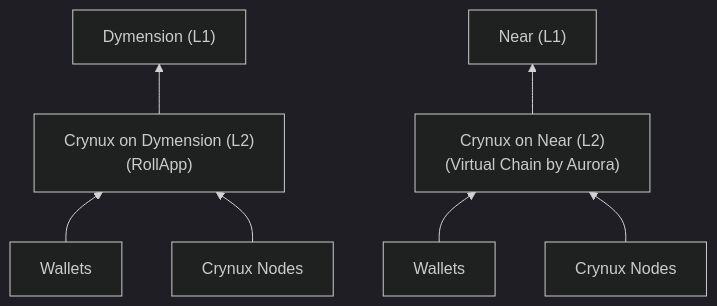
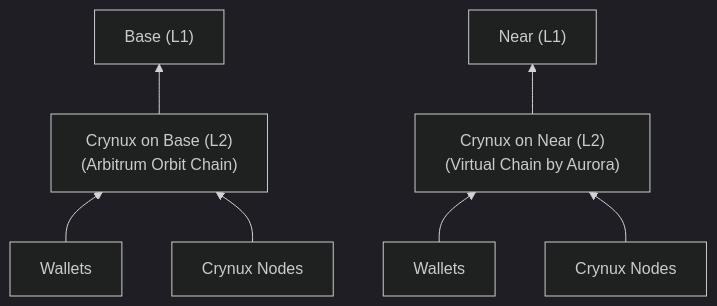
One commit to crynux-network/documentation changed the diagram in gitbook/crynux-token/wallet-configuration.md. Above: the diagram before and after it, drawn with Mermaid (dark theme). The commit also changed other lines of this file and 14 other files, not shown here.

Commit message:
[feature] docs for base node

````diff
--- a/gitbook/crynux-token/wallet-configuration.md
+++ b/gitbook/crynux-token/wallet-configuration.md
@@ -11,11 +11,11 @@
 ```mermaid
 flowchart BT
-  MM_DYM["Wallets"] --> ROLL["Crynux on Dymension (L2)<br/>(RollApp)"]
-  NODE_DYM["Crynux Nodes"] --> ROLL
-  ROLL --> DYM["Dymension (L1)"]
+  MM_BASE["Wallets"] --> BASE_CHAIN["Crynux on Base (L2)<br/>(Arbitrum Orbit Chain)"]
+  NODE_BASE["Crynux Nodes"] --> BASE_CHAIN
+  BASE_CHAIN --> BASE["Base (L1)"]
 
   MM_NEAR["Wallets"] --> VC["Crynux on Near (L2)<br/>(Virtual Chain by Aurora)"]
   NODE_NEAR["Crynux Nodes"] --> VC
   VC --> NEAR["Near (L1)"]
 
 ```
````
